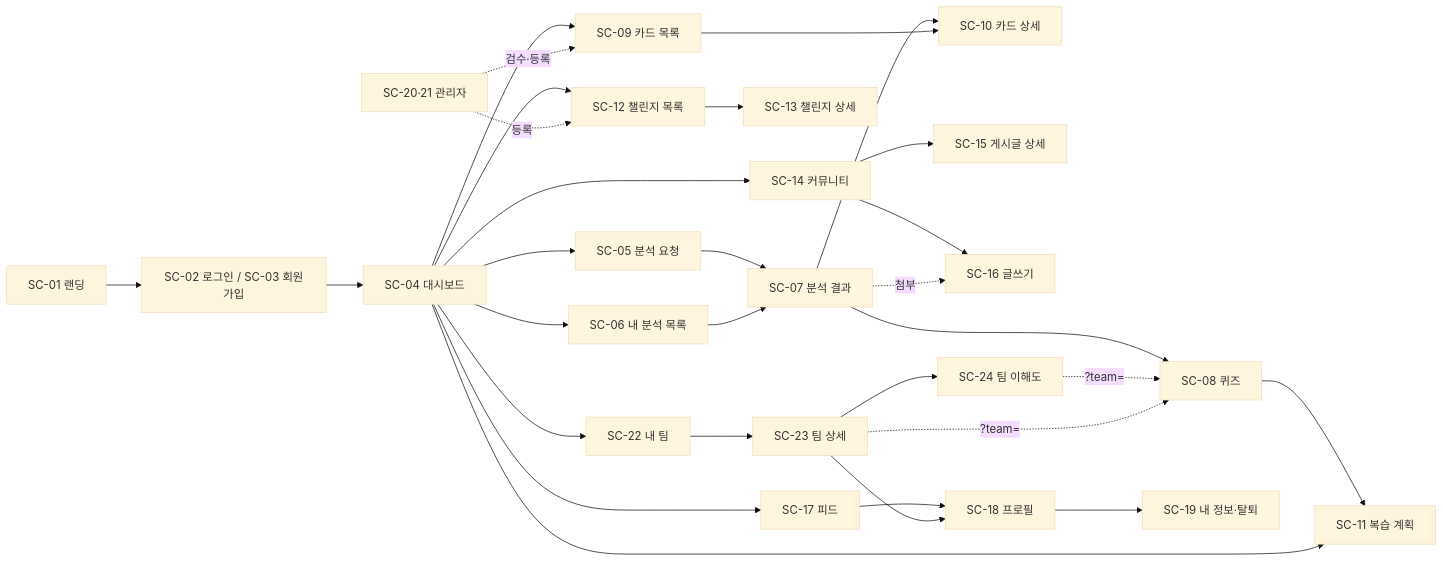
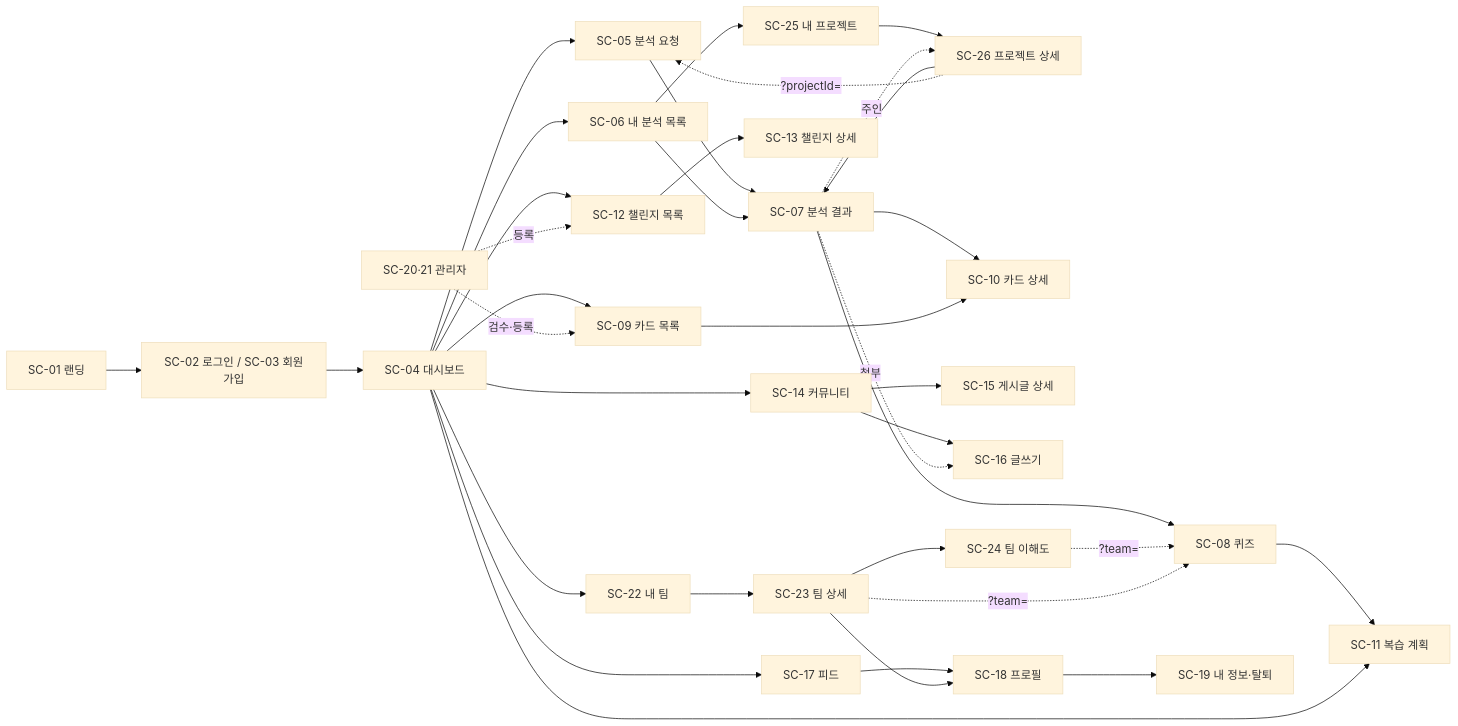
Before and after one commit to whans1996/final: the diagram in docs/산출물/06-화면설계서.md, drawn with Mermaid (base theme). The commit also changed other lines of this file and 3 other files, not shown here.

Commit message:
docs(P-1a): ERD V15·화면 설계서 SC-25·26·요구사항 정의서 P-1a 행

````diff
--- a/docs/산출물/06-화면설계서.md
+++ b/docs/산출물/06-화면설계서.md
@@ -39,22 +41,25 @@
 ```mermaid
 flowchart LR
   L[SC-01 랜딩] --> A[SC-02 로그인 / SC-03 회원가입]
   A --> D[SC-04 대시보드]
   D --> R[SC-05 분석 요청] --> RS[SC-07 분석 결과]
   D --> ML[SC-06 내 분석 목록] --> RS
+  ML --> PL[SC-25 내 프로젝트] --> PD[SC-26 프로젝트 상세] --> RS
+  PD -. ?projectId= .-> R
+  RS -. 주인 .-> PD
   RS --> CD[SC-10 카드 상세]
   RS --> Q[SC-08 퀴즈] --> RP[SC-11 복습 계획]
   D --> RP
   D --> CL[SC-09 카드 목록] --> CD
   D --> CH[SC-12 챌린지 목록] --> CHD[SC-13 챌린지 상세]
   D --> B[SC-14 커뮤니티] --> P[SC-15 게시글 상세] 
   B --> W[SC-16 글쓰기]
   RS -. 첨부 .-> W
   D --> F[SC-17 피드] --> PF[SC-18 프로필]
   PF --> ST[SC-19 내 정보·탈퇴]
   D --> TL[SC-22 내 팀] --> TD[SC-23 팀 상세] --> PF
   TD --> TU[SC-24 팀 이해도] -. ?team= .-> Q
   TD -. ?team= .-> Q
   AD[SC-20·21 관리자] -. 검수·등록 .-> CL
   AD -. 등록 .-> CH
 ```
````
